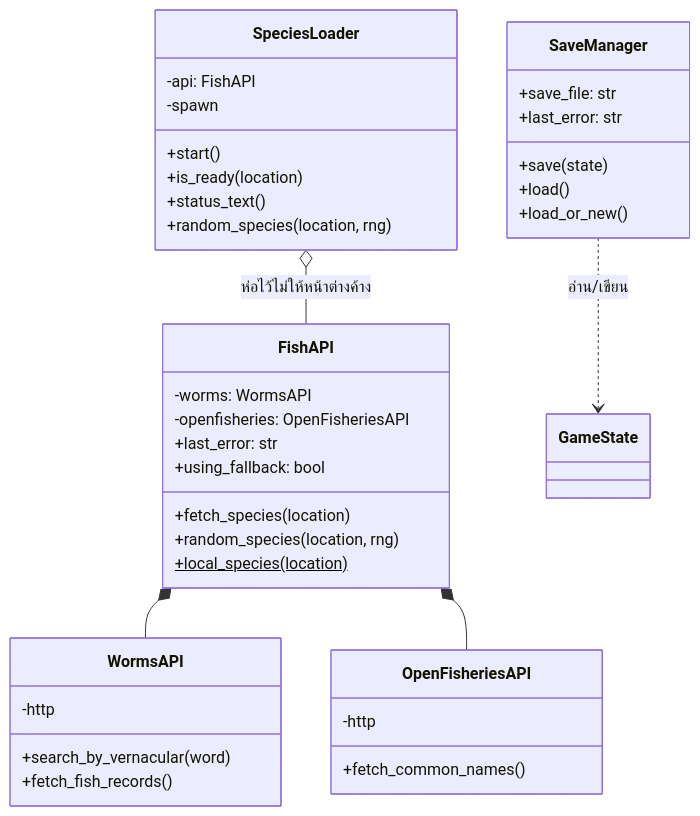
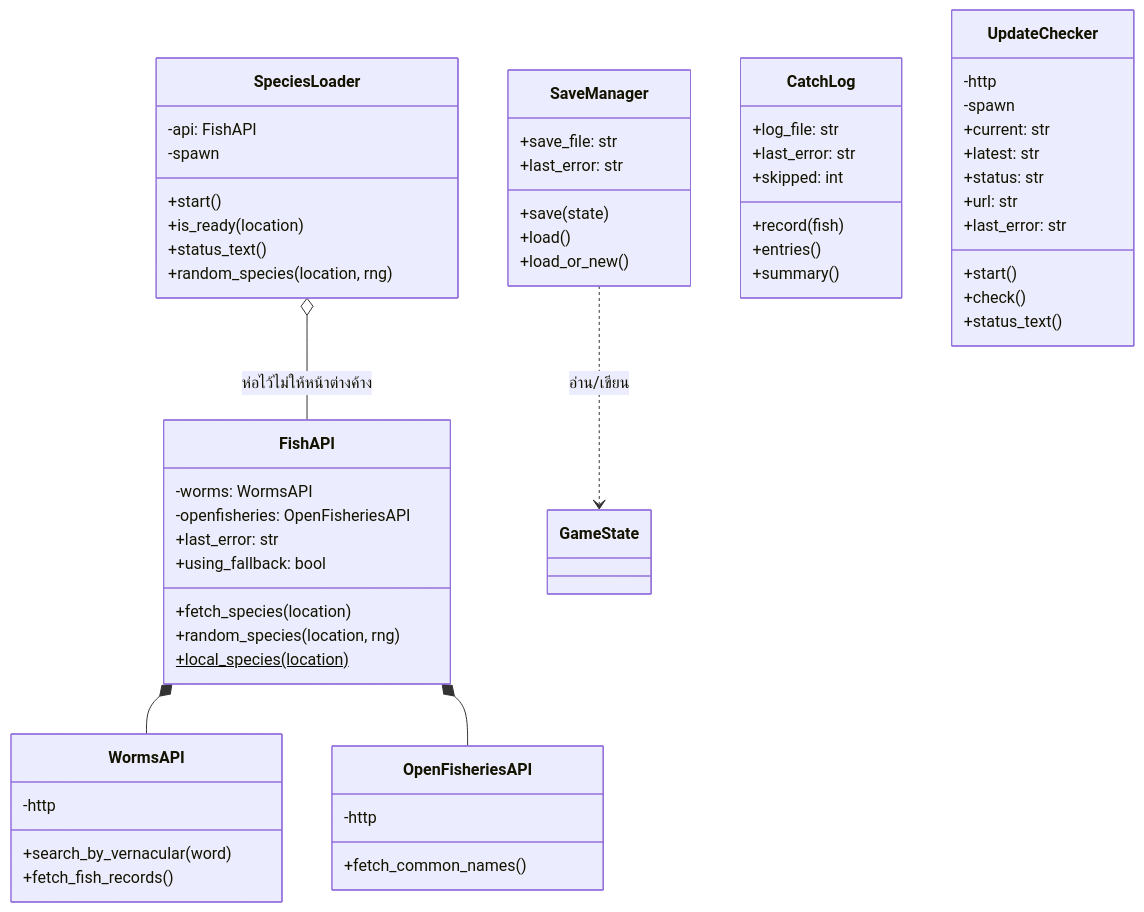
Before and after one commit to suphachaikh-creator/Final-Project_G11_Sec2_Script_Programming: the second of 3 diagrams in PLAN.md, drawn with Mermaid. The commit also changed other lines of this file and 27 other files, not shown here.

````diff
--- a/PLAN.md
+++ b/PLAN.md
@@ -477,43 +507,64 @@
 ```mermaid
 classDiagram
     direction TB
 
     class FishAPI {
         -worms: WormsAPI
         -openfisheries: OpenFisheriesAPI
         +last_error: str
         +using_fallback: bool
         +fetch_species(location)
         +random_species(location, rng)
         +local_species(location)$
     }
     class WormsAPI {
         -http
         +search_by_vernacular(word)
         +fetch_fish_records()
     }
     class OpenFisheriesAPI {
         -http
         +fetch_common_names()
     }
     class SpeciesLoader {
         -api: FishAPI
         -spawn
         +start()
         +is_ready(location)
         +status_text()
         +random_species(location, rng)
     }
     class SaveManager {
         +save_file: str
         +last_error: str
         +save(state)
         +load()
         +load_or_new()
     }
 
     FishAPI *-- WormsAPI
     FishAPI *-- OpenFisheriesAPI
+    class CatchLog {
+        +log_file: str
+        +last_error: str
+        +skipped: int
+        +record(fish)
+        +entries()
+        +summary()
+    }
+    class UpdateChecker {
+        -http
+        -spawn
+        +current: str
+        +latest: str
+        +status: str
+        +url: str
+        +last_error: str
+        +start()
+        +check()
+        +status_text()
+    }
+
     SpeciesLoader o-- FishAPI : ห่อไว้ไม่ให้หน้าต่างค้าง
     SaveManager ..> GameState : อ่าน/เขียน
 ```
````
